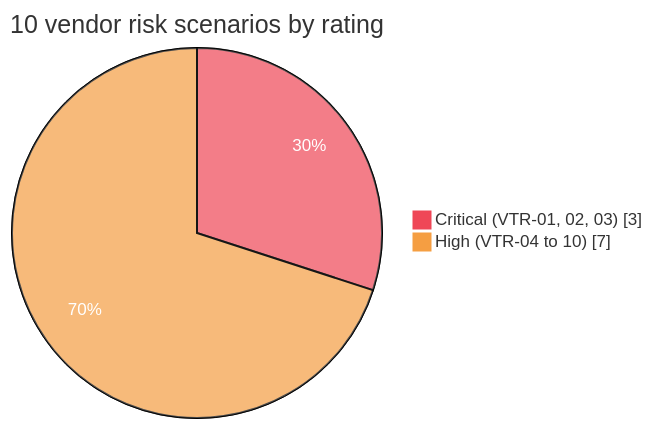
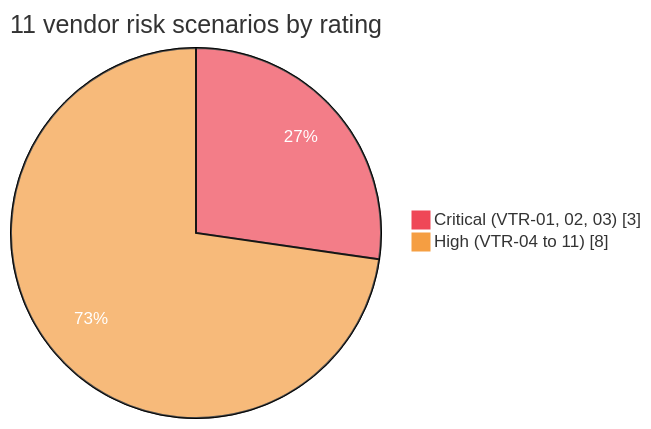
One commit to TJON-Star/NovaPay-Enterprise-Risk-Assessment changed the second of 3 diagrams in README.md. Above: the diagram before and after it, drawn with Mermaid. The commit also changed other lines of this file, not shown here.

Commit message:
Align README with PCI DSS risk and evidence model

````diff
--- a/README.md
+++ b/README.md
@@ -113,7 +114,7 @@
 ```mermaid
 %%{init: {'theme':'base', 'themeVariables': {'pie1':'#ef4757','pie2':'#f59e42','pieOuterStrokeWidth':'1px','pieSectionTextColor':'#fff'}}}%%
 pie showData
-    title 10 vendor risk scenarios by rating
+    title 11 vendor risk scenarios by rating
     "Critical (VTR-01, 02, 03)" : 3
-    "High (VTR-04 to 10)" : 7
+    "High (VTR-04 to 11)" : 8
 ```
````
